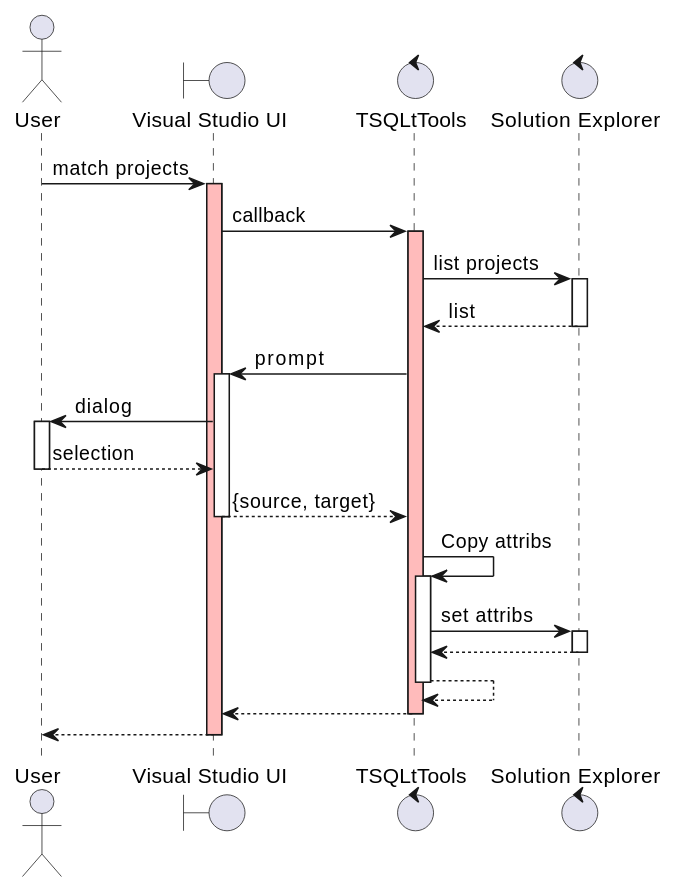
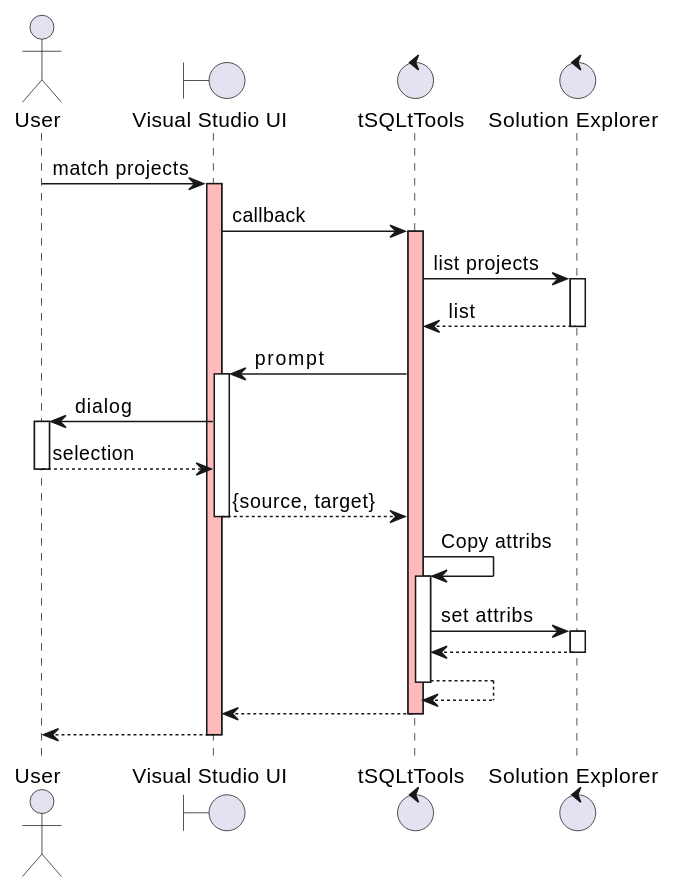
The diagram in Docs/Commands/MatchSSDTProject.md (Rogue-Archivists/TSQLtTools), drawn with PlantUML before and after one commit. The commit also changed 28 other files, not shown here.

````diff
--- a/Docs/Commands/MatchSSDTProject.md
+++ b/Docs/Commands/MatchSSDTProject.md
@@ -6,32 +6,32 @@
 ```plantuml
 
 actor "User" as user
 boundary "Visual Studio UI" as vs
-control "TSQLtTools" as ex
+control "tSQLtTools" as ex
 control "Solution Explorer" as sln
 
 user -> vs ++ #FFBBBB: match projects
     vs -> ex ++ #FFBBBB: callback
 
         ex -> sln ++: list projects
         return list
 
         ex -> vs ++ : prompt
             vs -> user ++ : dialog
             return selection
         return {source, target}
 
         ex -> ex ++: Copy attribs
             ex -> sln++: set attribs
             return
         ' end callback
         return
 
     return
     ' end command
 
 return
 ' end click
 
 
 ```
````
